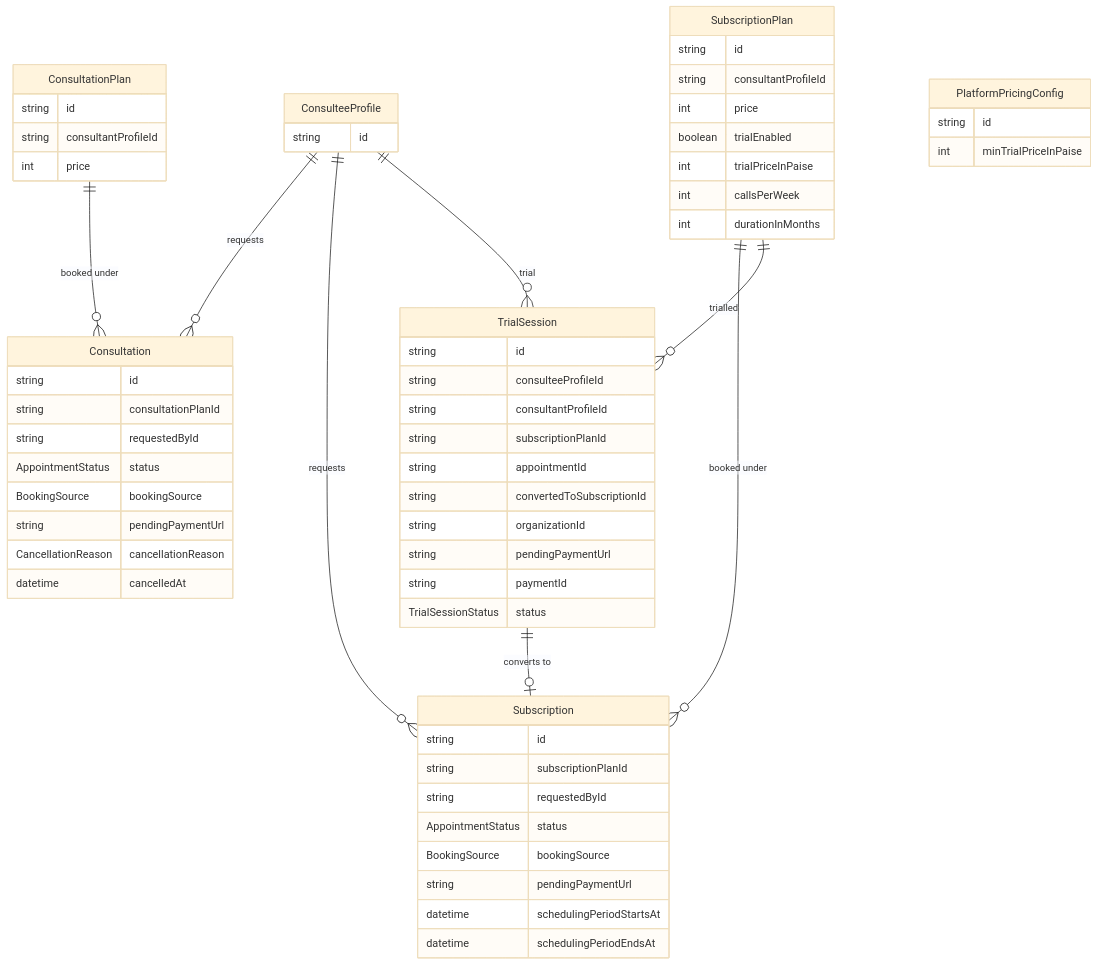
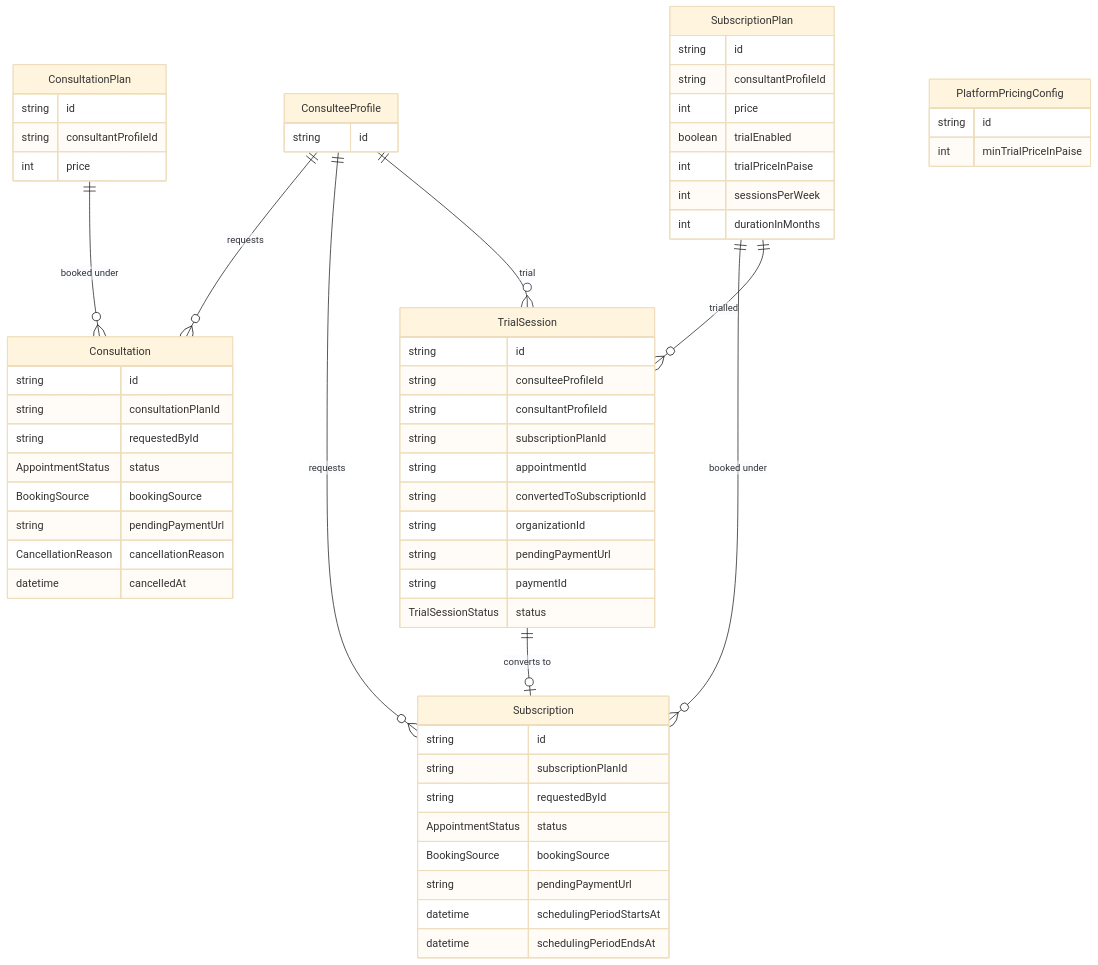
One commit to Practitionist/familiarise_web changed the ninth of 24 diagrams in docs/prisma/schema-map.md. Above: the diagram before and after it, drawn with Mermaid (base theme). The commit also changed other lines of this file and 116 other files, not shown here.

````diff
--- a/docs/prisma/schema-map.md
+++ b/docs/prisma/schema-map.md
@@ -594,64 +636,64 @@
 ```mermaid
 erDiagram
     ConsulteeProfile {
         string id
     }
     ConsultationPlan {
         string id
         string consultantProfileId
         int price
     }
     Consultation {
         string id
         string consultationPlanId
         string requestedById
         AppointmentStatus status
         BookingSource bookingSource
         string pendingPaymentUrl
         CancellationReason cancellationReason
         datetime cancelledAt
     }
     SubscriptionPlan {
         string id
         string consultantProfileId
         int price
         boolean trialEnabled
         int trialPriceInPaise
-        int callsPerWeek
+        int sessionsPerWeek
         int durationInMonths
     }
     Subscription {
         string id
         string subscriptionPlanId
         string requestedById
         AppointmentStatus status
         BookingSource bookingSource
         string pendingPaymentUrl
         datetime schedulingPeriodStartsAt
         datetime schedulingPeriodEndsAt
     }
     TrialSession {
         string id
         string consulteeProfileId
         string consultantProfileId
         string subscriptionPlanId
         string appointmentId
         string convertedToSubscriptionId
         string organizationId
         string pendingPaymentUrl
         string paymentId
         TrialSessionStatus status
     }
     PlatformPricingConfig {
         string id
         int minTrialPriceInPaise
     }
 
     ConsulteeProfile ||--o{ Consultation : "requests"
     ConsultationPlan ||--o{ Consultation : "booked under"
     ConsulteeProfile ||--o{ Subscription : "requests"
     SubscriptionPlan ||--o{ Subscription : "booked under"
     ConsulteeProfile ||--o{ TrialSession : "trial"
     SubscriptionPlan ||--o{ TrialSession : "trialled"
     TrialSession ||--o| Subscription : "converts to"
 ```
````
